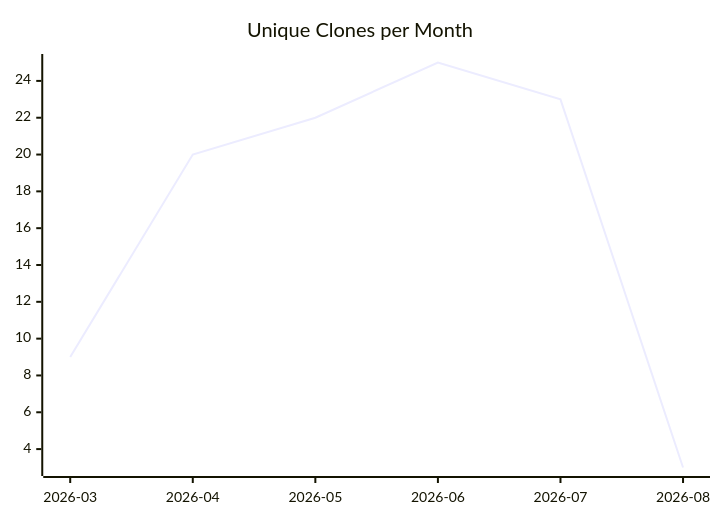
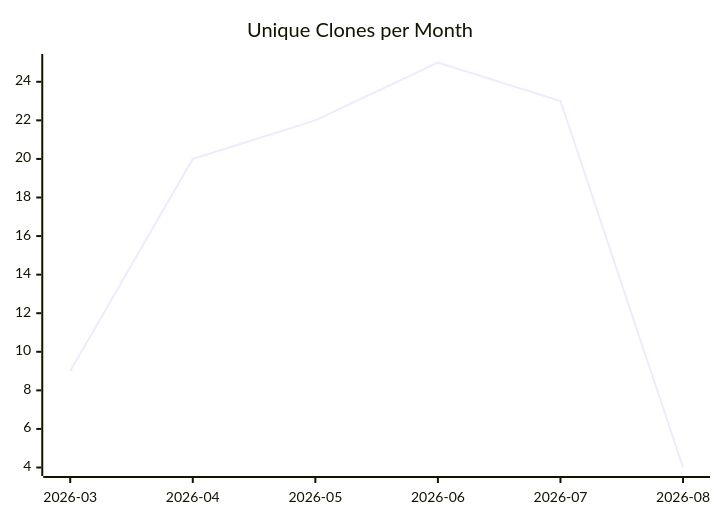
Before and after one commit to justdavis-family/github-analytics-data: the third of 3 diagrams in karlmdavis/kxml2/README.md, drawn with Mermaid. The commit also changed other lines of this file and 184 other files, not shown here.

````diff
--- a/karlmdavis/kxml2/README.md
+++ b/karlmdavis/kxml2/README.md
@@ -19,6 +19,6 @@
 ```mermaid
 xychart-beta
   title "Unique Clones per Month"
   x-axis ["2026-03", "2026-04", "2026-05", "2026-06", "2026-07", "2026-08"]
-  line [9, 20, 22, 25, 23, 3]
+  line [9, 20, 22, 25, 23, 4]
 ```
````
